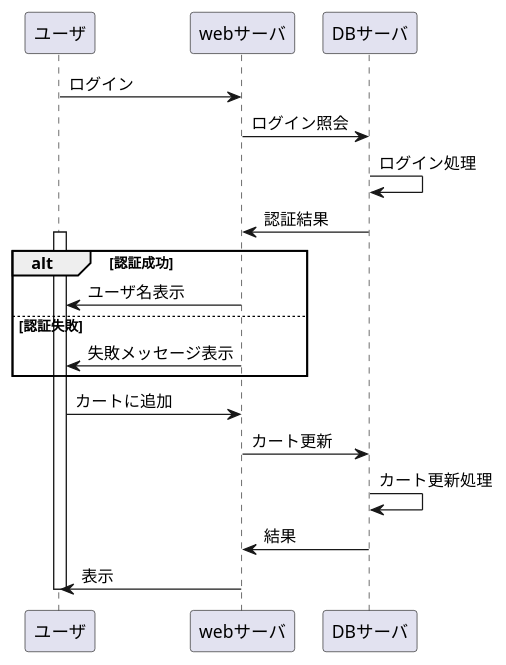
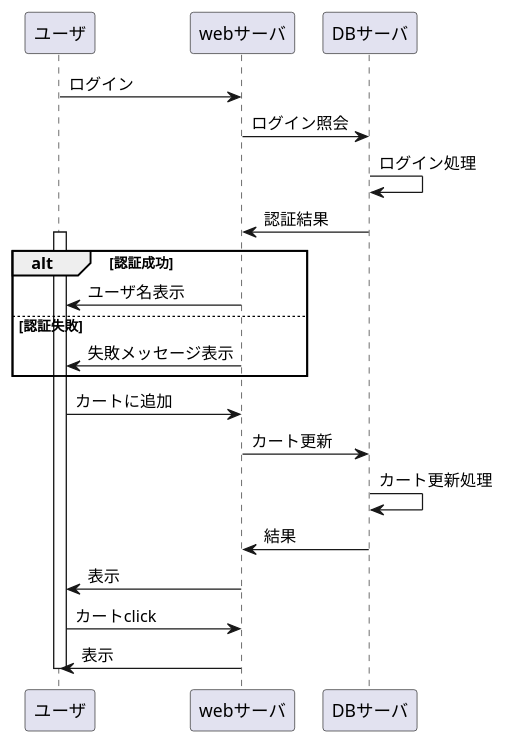
One commit to Aso2001395/2021sys-design changed the diagram in gyoumufuro.md. Above: the diagram before and after it, drawn with PlantUML.

````diff
--- a/gyoumufuro.md
+++ b/gyoumufuro.md
@@ -1,20 +1,20 @@
-```uml
 @startuml
 ユーザ -> webサーバ : ログイン
 webサーバ -> DBサーバ : ログイン照会
 DBサーバ -> DBサーバ : ログイン処理
 DBサーバ -> webサーバ : 認証結果
 activate ユーザ
 alt 認証成功
 webサーバ -> ユーザ : ユーザ名表示
 else 認証失敗
 webサーバ -> ユーザ : 失敗メッセージ表示
 end
 ユーザ -> webサーバ : カートに追加
 webサーバ -> DBサーバ : カート更新
 DBサーバ -> DBサーバ : カート更新処理
 DBサーバ -> webサーバ : 結果
 webサーバ -> ユーザ : 表示
+ユーザ -> webサーバ : カートclick
+webサーバ -> ユーザ : 表示
 deactivate ユーザ
 @enduml
-```
````
